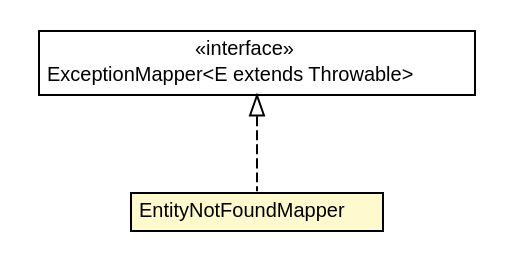
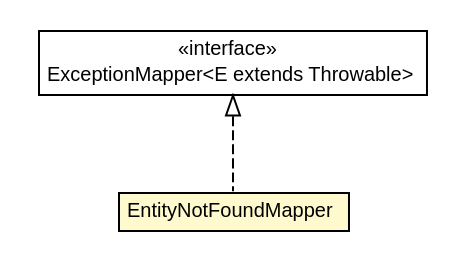
The diagram in doxdb-rest/apidocs/net/trajano/doxdb/rest/EntityNotFoundMapper.dot (trajano/doxdb), drawn with Graphviz before and after one commit. The commit also changed 214 other files, not shown here.

```diff
--- a/doxdb-rest/apidocs/net/trajano/doxdb/rest/EntityNotFoundMapper.dot
+++ b/doxdb-rest/apidocs/net/trajano/doxdb/rest/EntityNotFoundMapper.dot
@@ -1,27 +1,27 @@
 #!/usr/local/bin/dot
 #
 # Class diagram 
 # Generated by UMLGraph version R5_6-24-gf6e263 (http://www.umlgraph.org/)
 #
 
 digraph G {
-	edge [fontname="Helvetica",fontsize=10,labelfontname="Helvetica",labelfontsize=10];
-	node [fontname="Helvetica",fontsize=10,shape=plaintext];
+	edge [fontname="arial",fontsize=10,labelfontname="arial",labelfontsize=10];
+	node [fontname="arial",fontsize=10,shape=plaintext];
 	nodesep=0.25;
 	ranksep=0.5;
 	// net.trajano.doxdb.rest.EntityNotFoundMapper
-	c180 [label=<<table title="net.trajano.doxdb.rest.EntityNotFoundMapper" border="0" cellborder="1" cellspacing="0" cellpadding="2" port="p" bgcolor="lemonChiffon" href="./EntityNotFoundMapper.html">
+	c237 [label=<<table title="net.trajano.doxdb.rest.EntityNotFoundMapper" border="0" cellborder="1" cellspacing="0" cellpadding="2" port="p" bgcolor="lemonChiffon" href="./EntityNotFoundMapper.html">
 		<tr><td><table border="0" cellspacing="0" cellpadding="1">
 <tr><td align="center" balign="center"> EntityNotFoundMapper </td></tr>
 		</table></td></tr>
-		</table>>, URL="./EntityNotFoundMapper.html", fontname="Helvetica", fontcolor="black", fontsize=10.0];
+		</table>>, URL="./EntityNotFoundMapper.html", fontname="arial", fontcolor="black", fontsize=10.0];
 	//net.trajano.doxdb.rest.EntityNotFoundMapper implements javax.ws.rs.ext.ExceptionMapper<E extends java.lang.Throwable>
-	c185:p -> c180:p [dir=back,arrowtail=empty,style=dashed];
+	c243:p -> c237:p [dir=back,arrowtail=empty,style=dashed];
 	// javax.ws.rs.ext.ExceptionMapper<E extends java.lang.Throwable>
-	c185 [label=<<table title="javax.ws.rs.ext.ExceptionMapper" border="0" cellborder="1" cellspacing="0" cellpadding="2" port="p" href="http://java.sun.com/j2se/1.4.2/docs/api/javax/ws/rs/ext/ExceptionMapper.html">
+	c243 [label=<<table title="javax.ws.rs.ext.ExceptionMapper" border="0" cellborder="1" cellspacing="0" cellpadding="2" port="p" href="http://java.sun.com/j2se/1.4.2/docs/api/javax/ws/rs/ext/ExceptionMapper.html">
 		<tr><td><table border="0" cellspacing="0" cellpadding="1">
 <tr><td align="center" balign="center"> &#171;interface&#187; </td></tr>
 <tr><td align="center" balign="center"> ExceptionMapper&lt;E extends Throwable&gt; </td></tr>
 		</table></td></tr>
-		</table>>, URL="http://java.sun.com/j2se/1.4.2/docs/api/javax/ws/rs/ext/ExceptionMapper.html", fontname="Helvetica", fontcolor="black", fontsize=10.0];
+		</table>>, URL="http://java.sun.com/j2se/1.4.2/docs/api/javax/ws/rs/ext/ExceptionMapper.html", fontname="arial", fontcolor="black", fontsize=10.0];
 }
```
